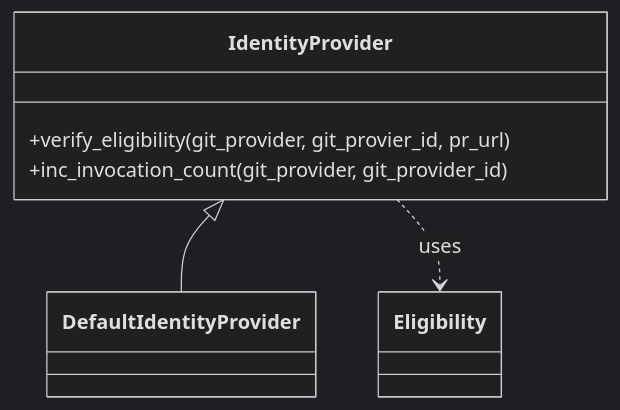
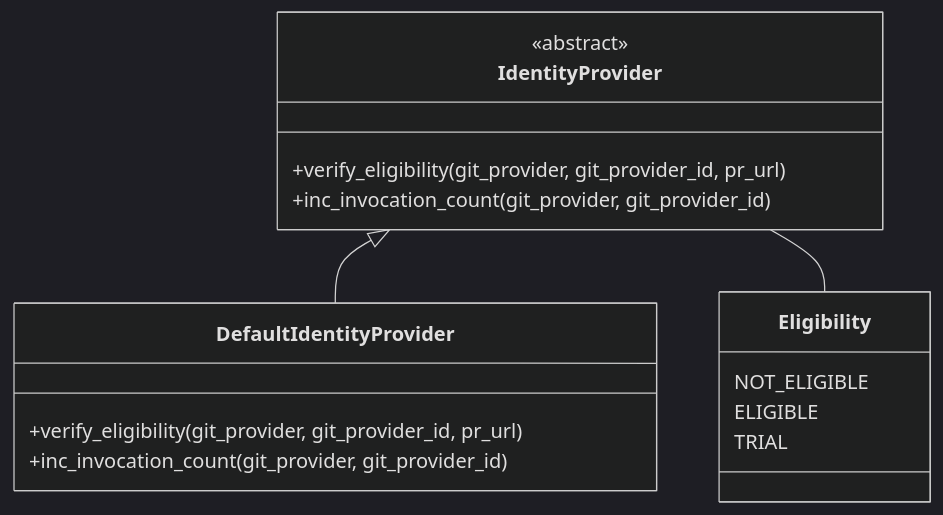
One commit to chungocchien/pr-agentt changed the diagram in docs/identity_providers.md. Above: the diagram before and after it, drawn with Mermaid (dark theme). The commit also changed other lines of this file and 34 other files, not shown here.

````diff
--- a/docs/identity_providers.md
+++ b/docs/identity_providers.md
@@ -10,12 +15,20 @@
 ```mermaid
 classDiagram
     class IdentityProvider {
-        +verify_eligibility(git_provider, git_provier_id, pr_url)
+        <<abstract>>
+        +verify_eligibility(git_provider, git_provider_id, pr_url)
         +inc_invocation_count(git_provider, git_provider_id)
     }
-    class DefaultIdentityProvider
-    class Eligibility
+    class Eligibility {
+        NOT_ELIGIBLE
+        ELIGIBLE
+        TRIAL
+    }
+    class DefaultIdentityProvider {
+        +verify_eligibility(git_provider, git_provider_id, pr_url)
+        +inc_invocation_count(git_provider, git_provider_id)
+    }
 
     IdentityProvider <|-- DefaultIdentityProvider
-    IdentityProvider ..> Eligibility : uses
+    IdentityProvider -- Eligibility
 ```
````
